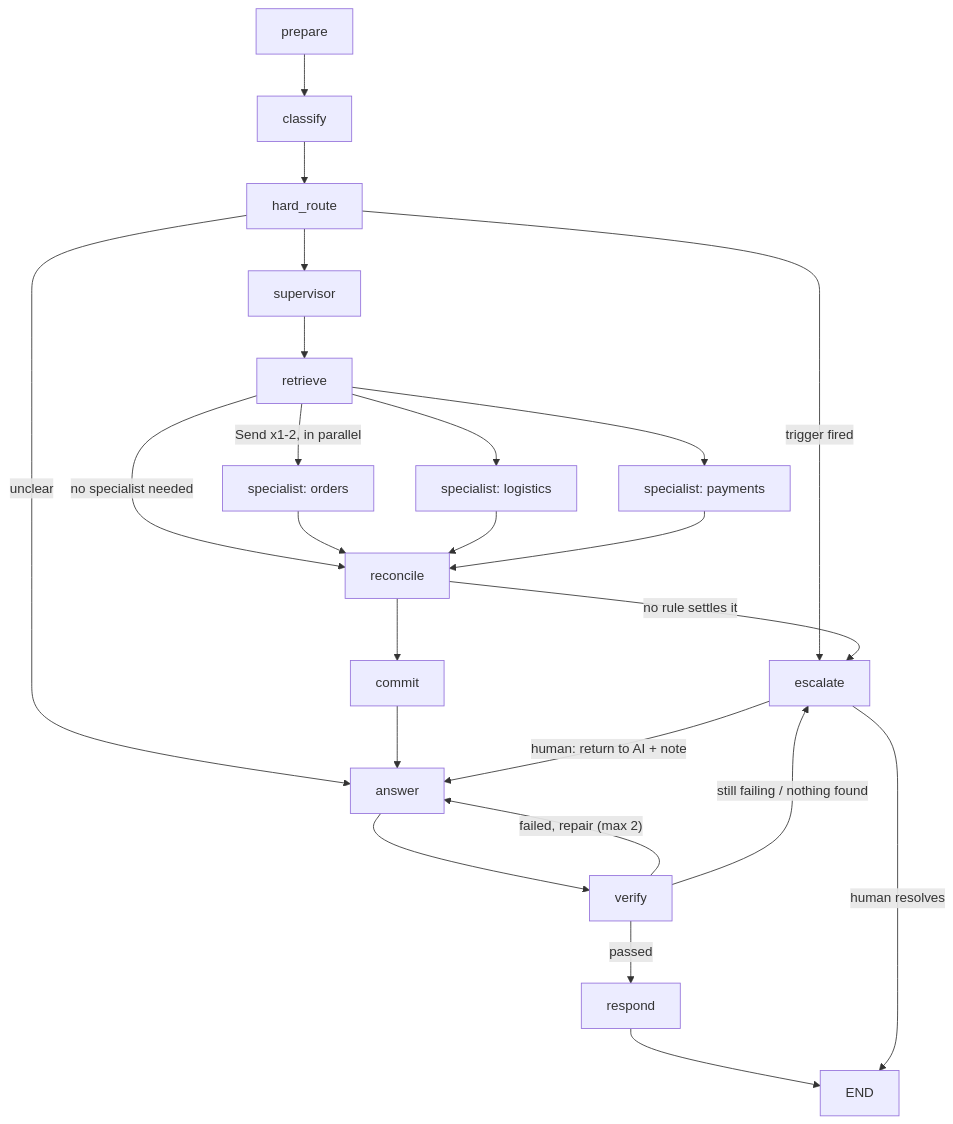
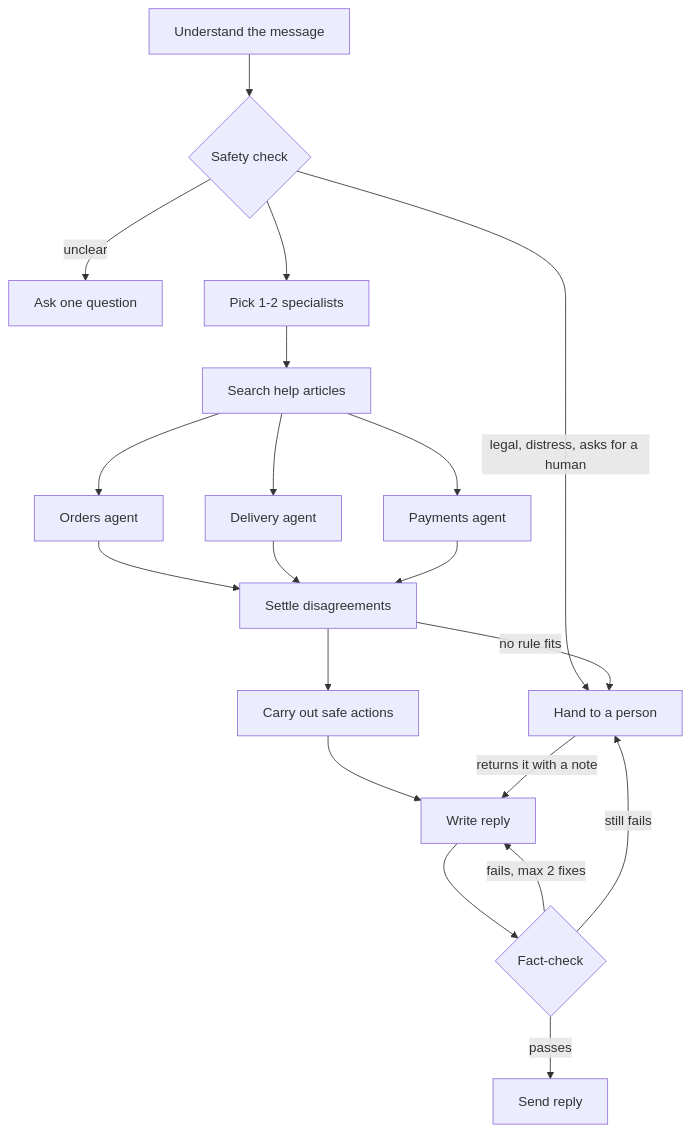
The diagram in docs/agent-orchestration.md (Sarcastic-Soul/agentic-customer-support-ticket-system), drawn with Mermaid before and after one commit. The commit also changed other lines of this file and 5 other files, not shown here.

````diff
--- a/docs/agent-orchestration.md
+++ b/docs/agent-orchestration.md
@@ -41,21 +20,22 @@
 ```mermaid
 flowchart TD
-    prepare --> classify --> hard_route
-    hard_route -- "trigger fired" --> escalate
-    hard_route -- "unclear" --> answer
-    hard_route --> supervisor --> retrieve
-    retrieve -- "Send x1-2, in parallel" --> S1[specialist: orders]
-    retrieve --> S2[specialist: logistics]
-    retrieve --> S3[specialist: payments]
-    retrieve -- "no specialist needed" --> reconcile
-    S1 --> reconcile
-    S2 --> reconcile
-    S3 --> reconcile
-    reconcile -- "no rule settles it" --> escalate
-    reconcile --> commit --> answer --> verify
-    verify -- "failed, repair (max 2)" --> answer
-    verify -- "still failing / nothing found" --> escalate
-    verify -- "passed" --> respond --> END
-    escalate -- "human: return to AI + note" --> answer
-    escalate -- "human resolves" --> END
+    classify[Understand the message] --> safety{Safety check}
+    safety -- "legal, distress, asks for a human" --> human[Hand to a person]
+    safety -- "unclear" --> ask[Ask one question]
+    safety --> pick[Pick 1-2 specialists]
+    pick --> kb[Search help articles]
+    kb --> O[Orders agent]
+    kb --> L[Delivery agent]
+    kb --> P[Payments agent]
+    O --> settle[Settle disagreements]
+    L --> settle
+    P --> settle
+    settle -- "no rule fits" --> human
+    settle --> act[Carry out safe actions]
+    act --> write[Write reply]
+    write --> check{Fact-check}
+    check -- "fails, max 2 fixes" --> write
+    check -- "still fails" --> human
+    check -- "passes" --> send[Send reply]
+    human -- "returns it with a note" --> write
 ```
````
